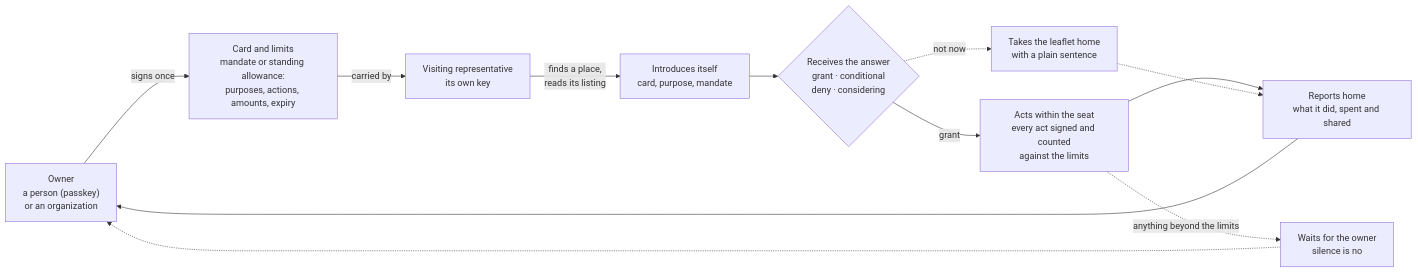
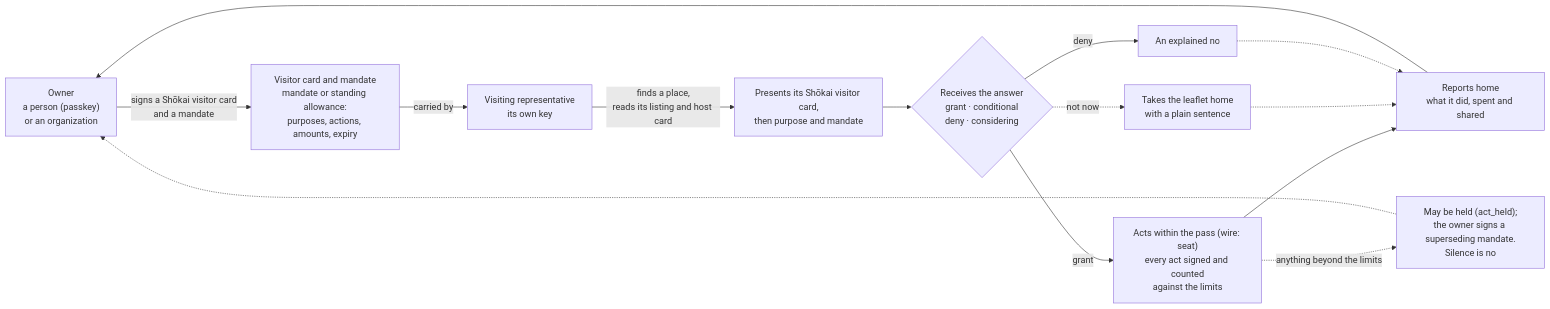
Before and after one commit to Kigenka/shokai: the third of 7 diagrams in README.md, drawn with Mermaid. The commit also changed other lines of this file and 368 other files, not shown here.

````diff
--- a/README.md
+++ b/README.md
@@ -178,14 +178,16 @@
 ```mermaid
 flowchart LR
-  O["Owner<br/>a person (passkey)<br/>or an organization"] -- "signs once" --> C["Card and limits<br/>mandate or standing allowance:<br/>purposes, actions, amounts, expiry"]
+  O["Owner<br/>a person (passkey)<br/>or an organization"] -- "signs a Shōkai visitor card<br/>and a mandate" --> C["Visitor card and mandate<br/>mandate or standing allowance:<br/>purposes, actions, amounts, expiry"]
   C -- "carried by" --> V["Visiting representative<br/>its own key"]
-  V -- "finds a place,<br/>reads its listing" --> F["Introduces itself<br/>card, purpose, mandate"]
+  V -- "finds a place,<br/>reads its listing and host card" --> F["Presents its Shōkai visitor card,<br/>then purpose and mandate"]
   F --> A{"Receives the answer<br/>grant · conditional<br/>deny · considering"}
-  A -- "grant" --> S["Acts within the seat<br/>every act signed and counted<br/>against the limits"]
+  A -- "grant" --> S["Acts within the pass (wire: seat)<br/>every act signed and counted<br/>against the limits"]
   A -. "not now" .-> L["Takes the leaflet home<br/>with a plain sentence"]
+  A -- "deny" --> X["An explained no"]
   S --> R["Reports home<br/>what it did, spent and shared"]
   L -.-> R
+  X -.-> R
   R --> O
-  S -. "anything beyond the limits" .-> B["Waits for the owner<br/>silence is no"]
+  S -. "anything beyond the limits" .-> B["May be held (act_held);<br/>the owner signs a superseding mandate.<br/>Silence is no"]
   B -.-> O
 ```
````
